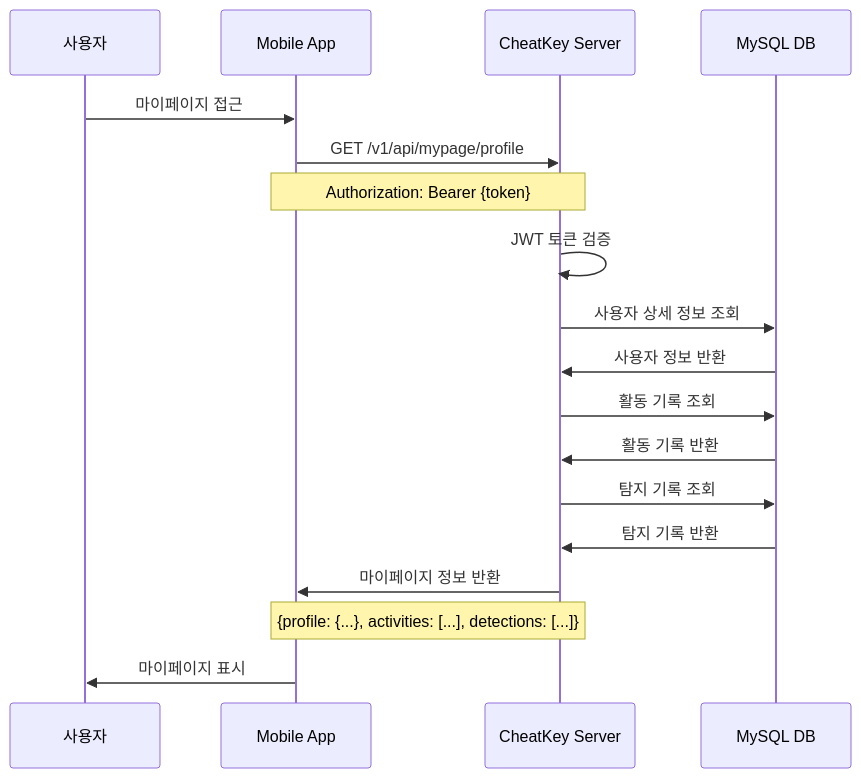
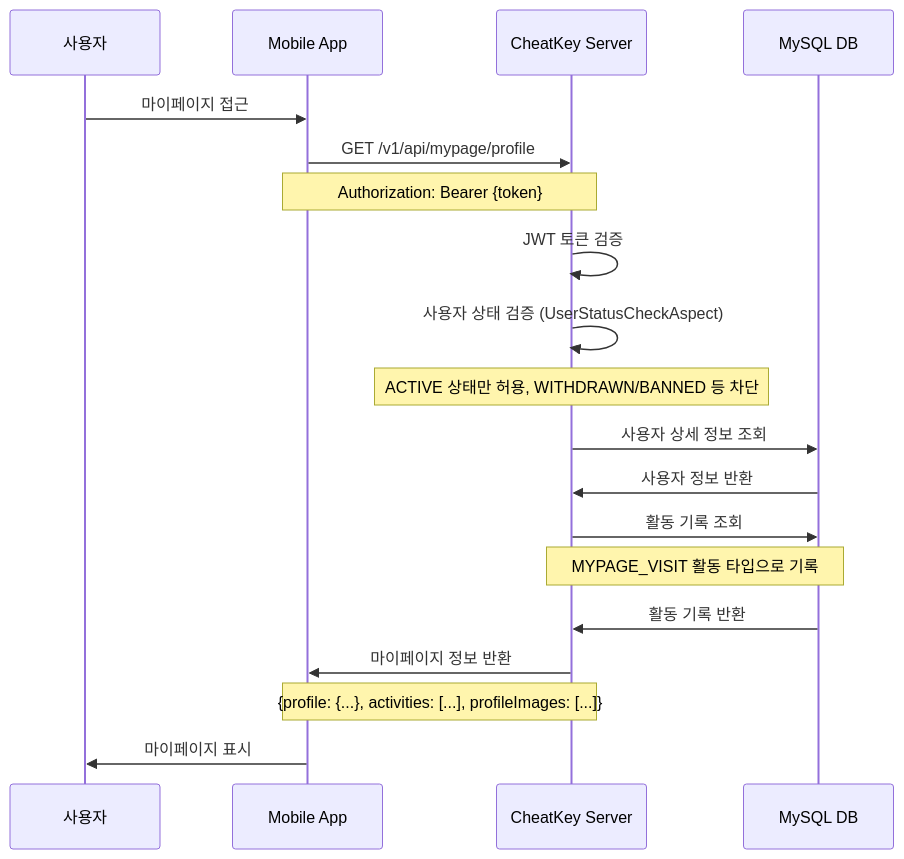
Before and after one commit to Central-MakeUs/CheatKey-Server: the ninth of 10 diagrams in docs/flows/sequence.md, drawn with Mermaid. The commit also changed other lines of this file and 6 other files, not shown here.

````diff
--- a/docs/flows/sequence.md
+++ b/docs/flows/sequence.md
@@ -265,25 +305,25 @@
 ```mermaid
 sequenceDiagram
     participant U as 사용자
     participant App as Mobile App
     participant Server as CheatKey Server
     participant DB as MySQL DB
     
     U->>App: 마이페이지 접근
     App->>Server: GET /v1/api/mypage/profile
     Note over App,Server: Authorization: Bearer {token}
     
     Server->>Server: JWT 토큰 검증
+    Server->>Server: 사용자 상태 검증 (UserStatusCheckAspect)
+    Note over Server: ACTIVE 상태만 허용, WITHDRAWN/BANNED 등 차단
     Server->>DB: 사용자 상세 정보 조회
     DB->>Server: 사용자 정보 반환
     
     Server->>DB: 활동 기록 조회
+    Note over Server,DB: MYPAGE_VISIT 활동 타입으로 기록
     DB->>Server: 활동 기록 반환
     
-    Server->>DB: 탐지 기록 조회
-    DB->>Server: 탐지 기록 반환
-    
     Server->>App: 마이페이지 정보 반환
-    Note over Server,App: {profile: {...}, activities: [...], detections: [...]}
+    Note over Server,App: {profile: {...}, activities: [...], profileImages: [...]}
     App->>U: 마이페이지 표시
 ```
````
